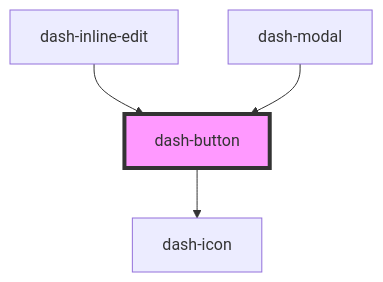
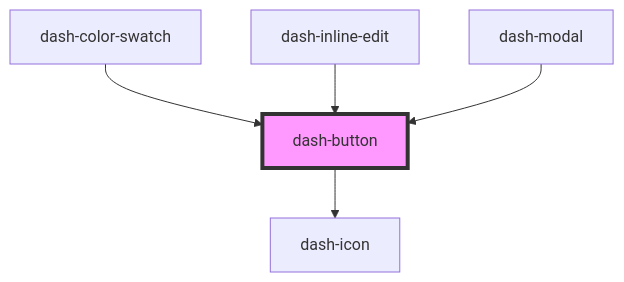
The diagram in packages/dash-components/src/components/dash-button/readme.md (jmanke/dash), drawn with Mermaid before and after one commit. The commit also changed other lines of this file and 3 other files, not shown here.

````diff
--- a/packages/dash-components/src/components/dash-button/readme.md
+++ b/packages/dash-components/src/components/dash-button/readme.md
@@ -42,7 +44,8 @@
 ```mermaid
 graph TD;
   dash-button --> dash-icon
+  dash-color-swatch --> dash-button
   dash-inline-edit --> dash-button
   dash-modal --> dash-button
   style dash-button fill:#f9f,stroke:#333,stroke-width:4px
 ```
````
